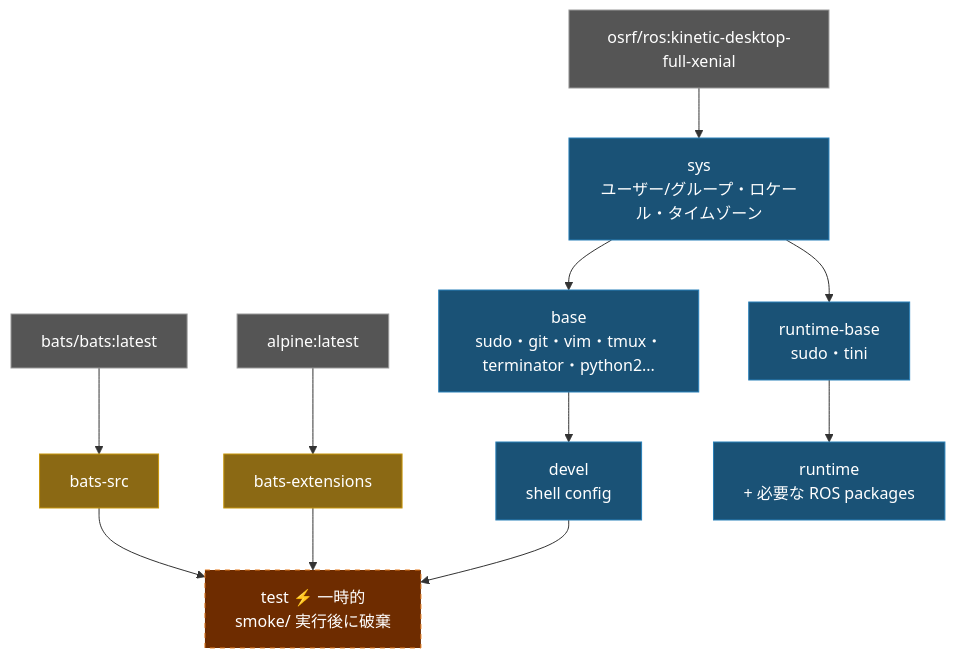
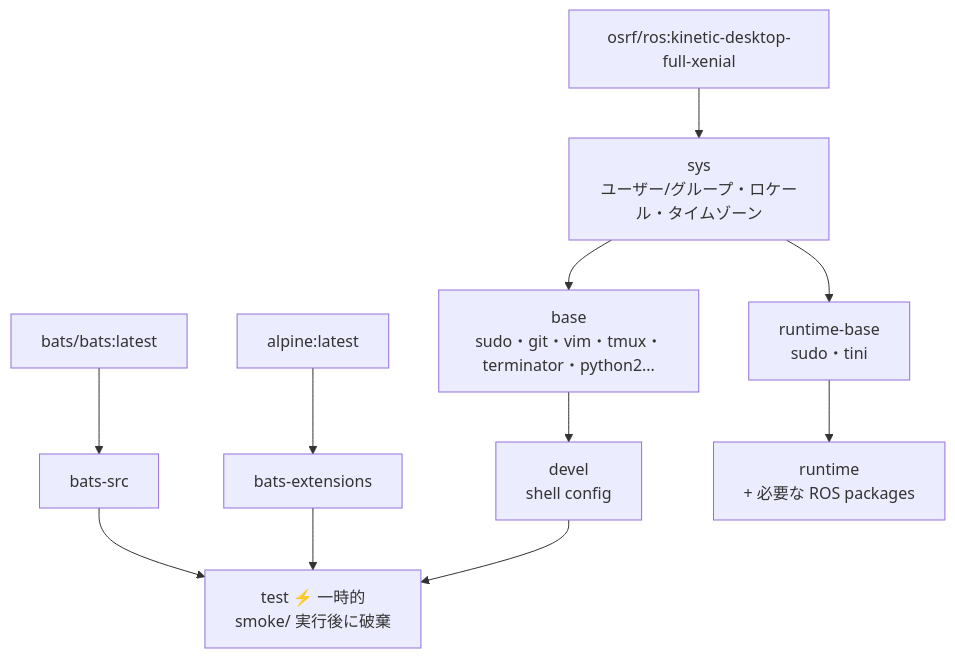
The diagram in doc/README.ja.md (ycpss91255-docker/osrf_ros_kinetic), drawn with Mermaid before and after one commit. The commit also changed 3 other files, not shown here.

Commit message:
docs: remove mermaid background colors from architecture diagrams (#25)

````diff
--- a/doc/README.ja.md
+++ b/doc/README.ja.md
@@ -235,26 +235,22 @@
 ```mermaid
 graph TD
-    EXT1["bats/bats:latest"]:::external
-    EXT2["alpine:latest"]:::external
-    EXT3["osrf/ros:kinetic-desktop-full-xenial"]:::external
+    EXT1["bats/bats:latest"]
+    EXT2["alpine:latest"]
+    EXT3["osrf/ros:kinetic-desktop-full-xenial"]
 
-    EXT1 --> bats-src["bats-src"]:::tool
-    EXT2 --> bats-ext["bats-extensions"]:::tool
+    EXT1 --> bats-src["bats-src"]
+    EXT2 --> bats-ext["bats-extensions"]
 
-    EXT3 --> sys["sys\nユーザー/グループ・ロケール・タイムゾーン"]:::stage
+    EXT3 --> sys["sys\nユーザー/グループ・ロケール・タイムゾーン"]
 
-    sys --> base["base\nsudo・git・vim・tmux・terminator・python2..."]:::stage
-    base --> devel["devel\nshell config"]:::stage
+    sys --> base["base\nsudo・git・vim・tmux・terminator・python2..."]
+    base --> devel["devel\nshell config"]
 
-    bats-src --> test["test  ⚡ 一時的\nsmoke/ 実行後に破棄"]:::ephemeral
+    bats-src --> test["test  ⚡ 一時的\nsmoke/ 実行後に破棄"]
     bats-ext --> test
     devel --> test
 
-    sys --> runtime-base["runtime-base\nsudo・tini"]:::stage
-    runtime-base --> runtime["runtime\n+ 必要な ROS packages"]:::stage
+    sys --> runtime-base["runtime-base\nsudo・tini"]
+    runtime-base --> runtime["runtime\n+ 必要な ROS packages"]
 
-    classDef external fill:#555,color:#fff,stroke:#999
-    classDef tool fill:#8B6914,color:#fff,stroke:#c8960c
-    classDef stage fill:#1a5276,color:#fff,stroke:#2980b9
-    classDef ephemeral fill:#6e2c00,color:#fff,stroke:#e67e22,stroke-dasharray:5 5
 ```
````
